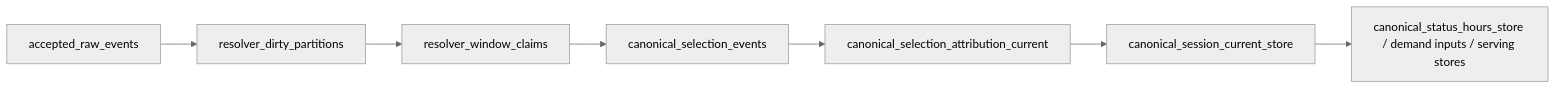
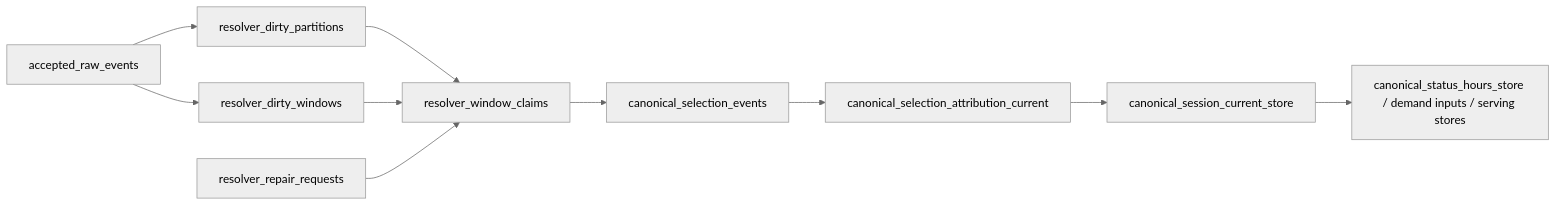
Before and after one commit to Cloud-SPE/livepeer-naap-analytics: the third of 4 diagrams in docs/design-docs/system-visuals.md, drawn with Mermaid (neutral theme). The commit also changed other lines of this file and 378 other files, not shown here.

````diff
--- a/docs/design-docs/system-visuals.md
+++ b/docs/design-docs/system-visuals.md
@@ -60,17 +60,22 @@
 ```mermaid
 flowchart LR
     RAW[accepted_raw_events]
     SEL[canonical_selection_events]
     ATTR[canonical_selection_attribution_current]
     CUR[canonical_session_current_store]
     ROLL[canonical_status_hours_store / demand inputs / serving stores]
     DIRTY[resolver_dirty_partitions]
+    WINDOWS[resolver_dirty_windows]
+    REQUESTS[resolver_repair_requests]
     CLAIMS[resolver_window_claims]
 
     RAW --> DIRTY
+    RAW --> WINDOWS
     DIRTY --> CLAIMS
+    WINDOWS --> CLAIMS
+    REQUESTS --> CLAIMS
     CLAIMS --> SEL
     SEL --> ATTR
     ATTR --> CUR
     CUR --> ROLL
 ```
````
